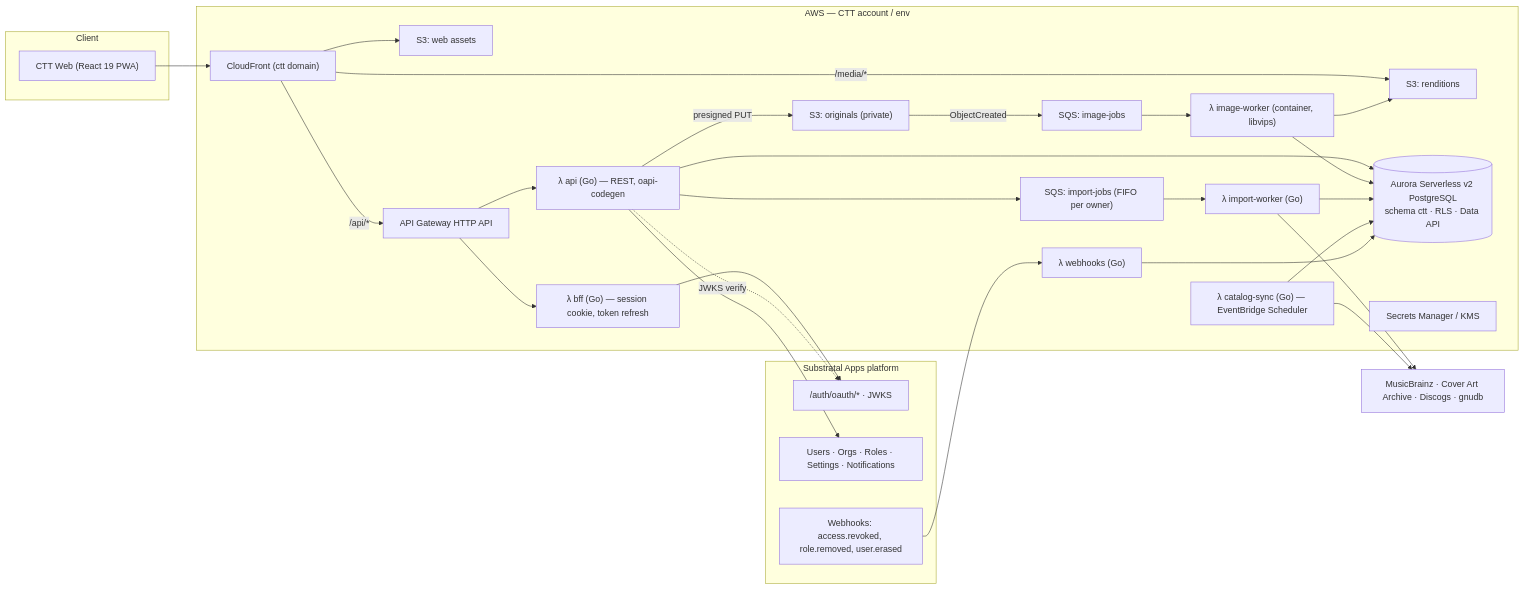
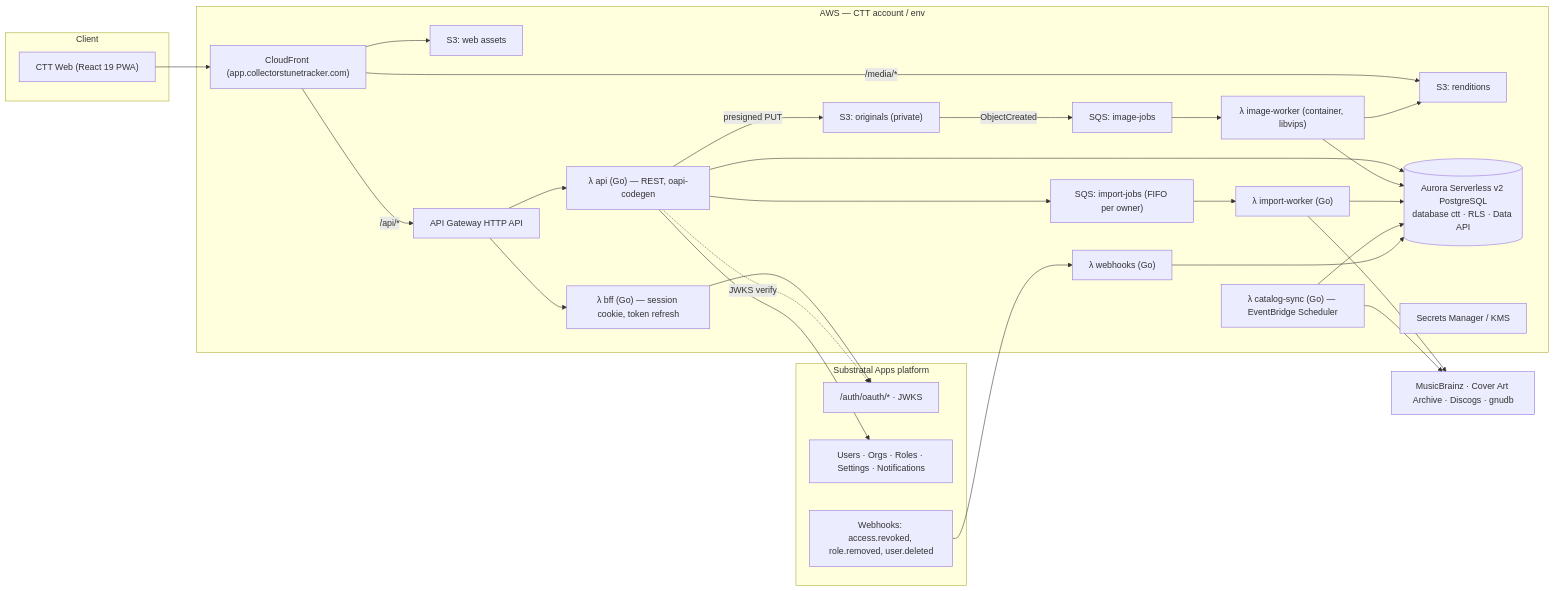
The diagram in docs/spec/04-architecture.md (Adron/collectorstunetracker), drawn with Mermaid before and after one commit. The commit also changed other lines of this file and 9 other files, not shown here.

First line of the commit message:
Spec: domains, own ctt database, Substratal + domain runbooks, license

````diff
--- a/docs/spec/04-architecture.md
+++ b/docs/spec/04-architecture.md
@@ -29,49 +29,49 @@
 ```mermaid
 flowchart LR
   subgraph Client
     PWA["CTT Web (React 19 PWA)"]
   end
 
   subgraph Substratal["Substratal Apps platform"]
     SAUTH["/auth/oauth/* · JWKS"]
     SAPI["Users · Orgs · Roles · Settings · Notifications"]
-    SWH["Webhooks: access.revoked, role.removed, user.erased"]
+    SWH["Webhooks: access.revoked, role.removed, user.deleted"]
   end
 
   subgraph AWS["AWS — CTT account / env"]
-    CF["CloudFront (ctt domain)"]
+    CF["CloudFront (app.collectorstunetracker.com)"]
     S3W["S3: web assets"]
     HTTP["API Gateway HTTP API"]
     BFF["λ bff (Go) — session cookie, token refresh"]
     API["λ api (Go) — REST, oapi-codegen"]
     HOOK["λ webhooks (Go)"]
     IMGQ["SQS: image-jobs"]
     IMG["λ image-worker (container, libvips)"]
     IMPQ["SQS: import-jobs (FIFO per owner)"]
     IMP["λ import-worker (Go)"]
     SYNC["λ catalog-sync (Go) — EventBridge Scheduler"]
     S3O["S3: originals (private)"]
     S3R["S3: renditions"]
-    DB[("Aurora Serverless v2 PostgreSQL\nschema ctt · RLS · Data API")]
+    DB[("Aurora Serverless v2 PostgreSQL\ndatabase ctt · RLS · Data API")]
     SM["Secrets Manager / KMS"]
   end
 
   EXT["MusicBrainz · Cover Art Archive · Discogs · gnudb"]
 
   PWA --> CF
   CF --> S3W
   CF -->|/api/*| HTTP
   CF -->|/media/*| S3R
   HTTP --> BFF --> SAUTH
   HTTP --> API --> DB
   API -->|presigned PUT| S3O
   S3O -->|ObjectCreated| IMGQ --> IMG --> S3R
   IMG --> DB
   API --> IMPQ --> IMP --> DB
   IMP --> EXT
   SYNC --> EXT
   SYNC --> DB
   SWH --> HOOK --> DB
   API --> SAPI
   API -.JWKS verify.-> SAUTH
 ```
````
